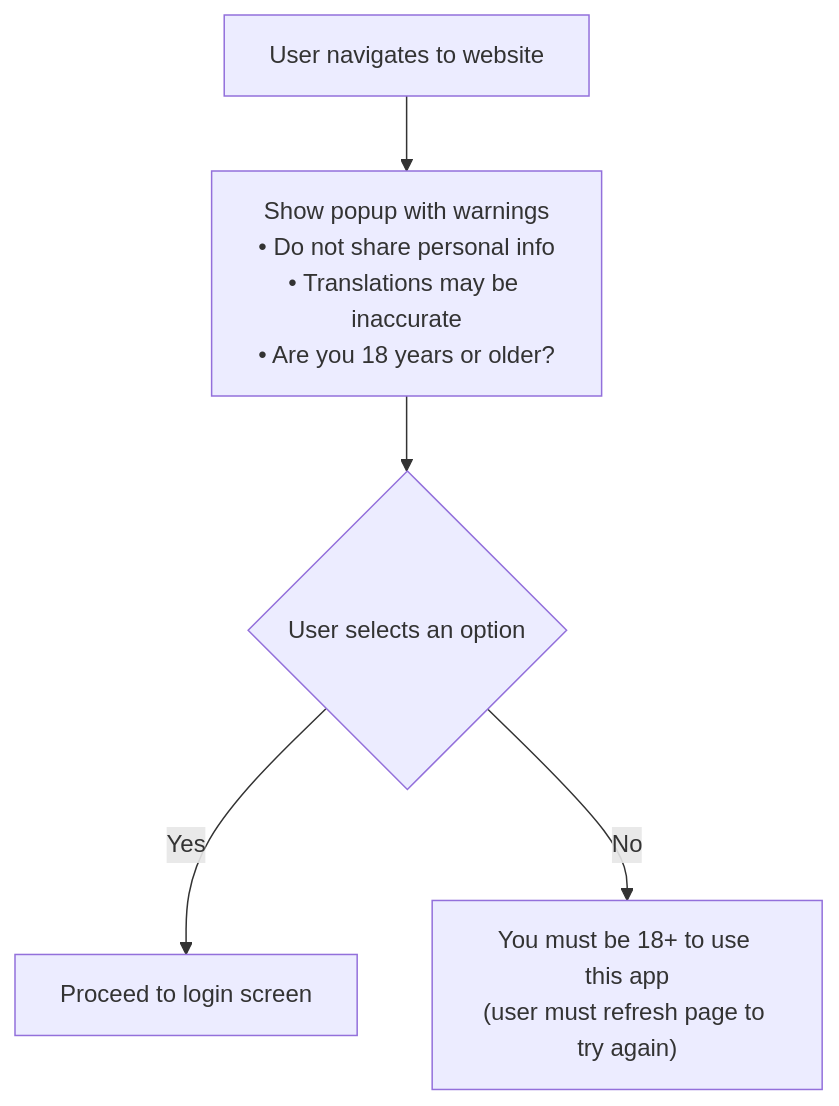
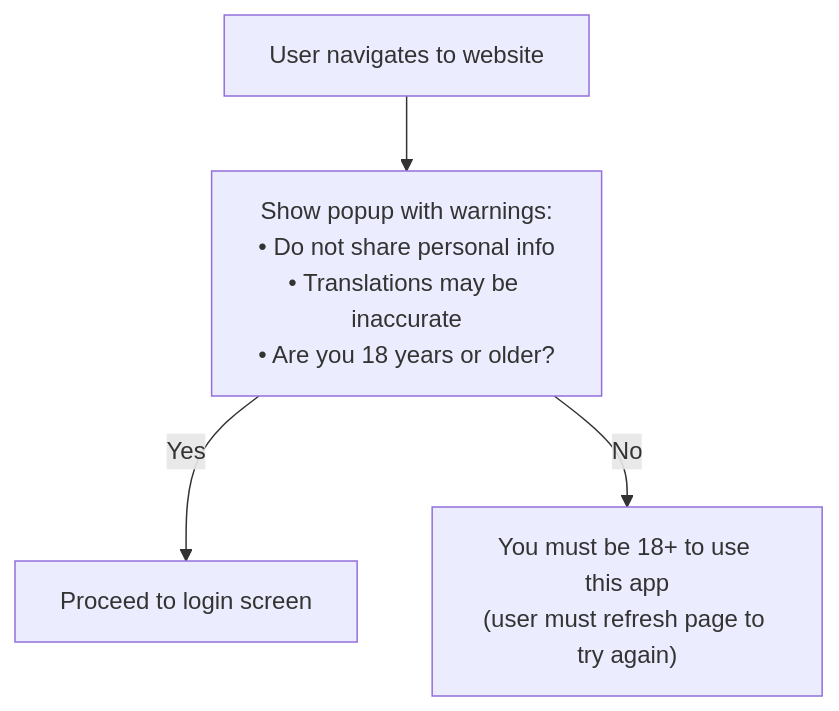
One commit to btswann11/CSE550 changed the first of 2 diagrams in designs/security.md. Above: the diagram before and after it, drawn with Mermaid.

````diff
--- a/designs/security.md
+++ b/designs/security.md
@@ -18,7 +18,6 @@
 ```mermaid
 flowchart TD
-    A[User navigates to website] --> B[Show popup with warnings<br/>• Do not share personal info<br/>• Translations may be inaccurate<br/>• Are you 18 years or older?]
-    B --> C{User selects an option}
-    C -- Yes --> D[Proceed to login screen]
-    C -- No --> E["You must be 18+ to use this app<br/>(user must refresh page to try again)"]
+    A[User navigates to website] --> B["Show popup with warnings:<br/>• Do not share personal info<br/>• Translations may be inaccurate<br/>• Are you 18 years or older?"]
+    B -- Yes --> C[Proceed to login screen]
+    B -- No --> D["You must be 18+ to use this app<br/>(user must refresh page to try again)"]
 ```
````
